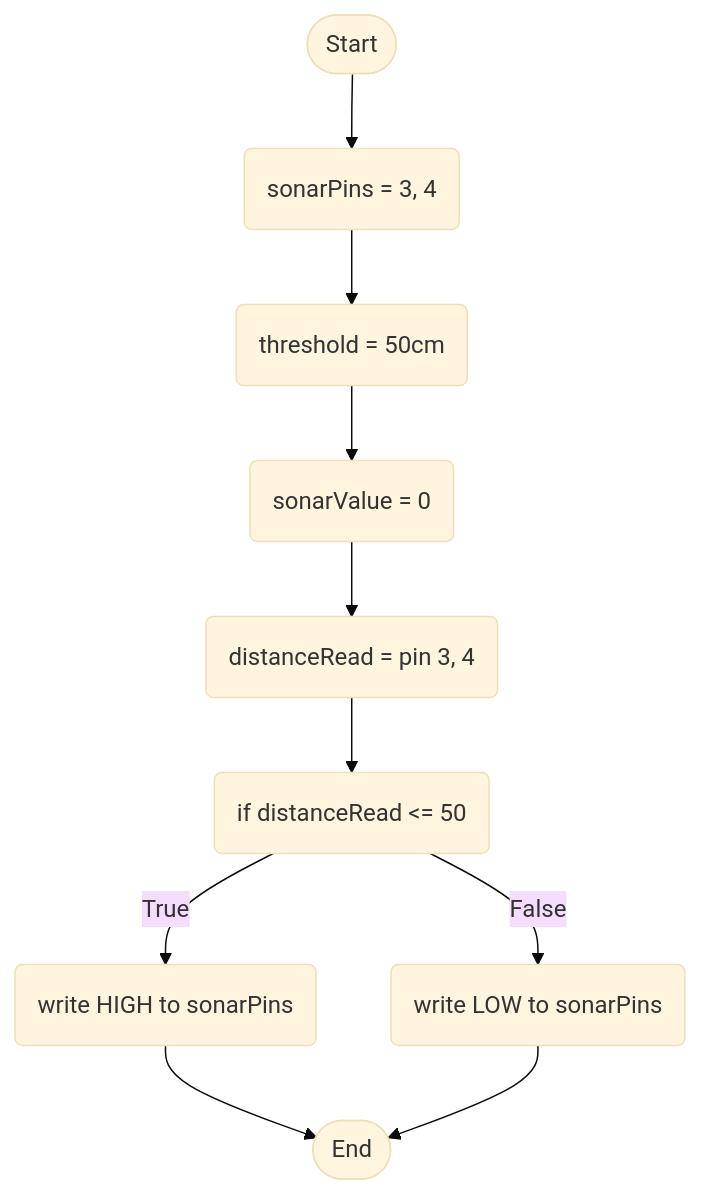
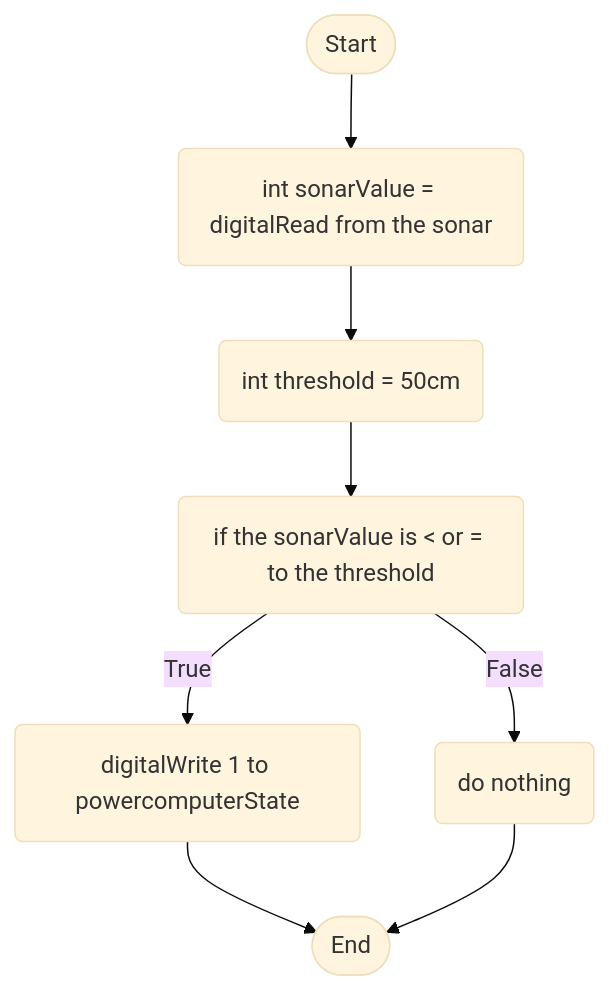
Before and after one commit to 4060269/SmartWorkstationAssessment3: the diagram in Flowcharts/Logic.md, drawn with Mermaid (base theme). The commit also changed other lines of this file, not shown here.

````diff
--- a/Flowcharts/Logic.md
+++ b/Flowcharts/Logic.md
@@ -4,22 +4,18 @@
 ```mermaid
 flowchart TD
 terminalStart([Start])
 terminalEnd([End])
-setSonarPins(sonarPins = 3, 4)
-setThreshold(threshold = 50cm)
-createSonarValue(sonarValue = 0)
-currentValue(distanceRead = pin 3, 4)
-activateSonar0(if distanceRead <= 50)
-activateSonar1(write HIGH to sonarPins)
-activateSonar2(write LOW to sonarPins)
+setsonarValue(int sonarValue = digitalRead from the sonar)
+setsonarThreshold(int threshold = 50cm)
+activateSonar0(if the sonarValue is < or = to the threshold)
+activateSonar1(digitalWrite 1 to powercomputerState)
+activateSonar2(do nothing)
 
-terminalStart --> setSonarPins
-setSonarPins --> setThreshold
-setThreshold --> createSonarValue
-createSonarValue --> currentValue
-currentValue --> activateSonar0
+terminalStart --> setsonarValue
+setsonarValue --> setsonarThreshold
+setsonarThreshold --> activateSonar0
 activateSonar0 --> |True| activateSonar1
 activateSonar0 --> |False| activateSonar2
 activateSonar1 --> terminalEnd
 activateSonar2 --> terminalEnd
 ```
````
